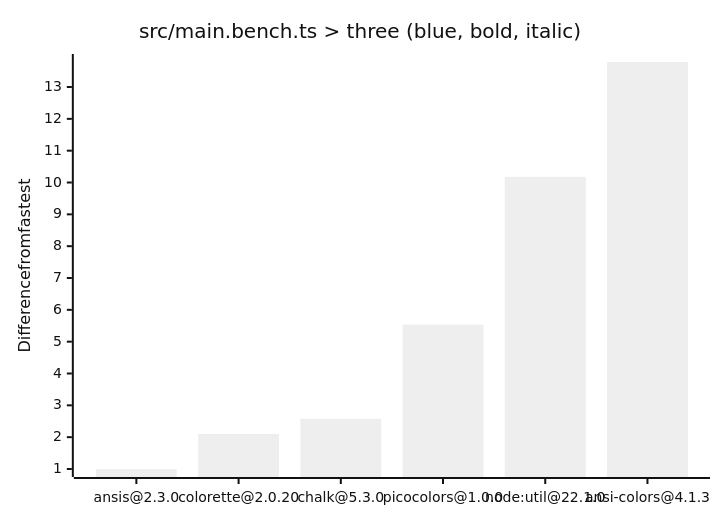
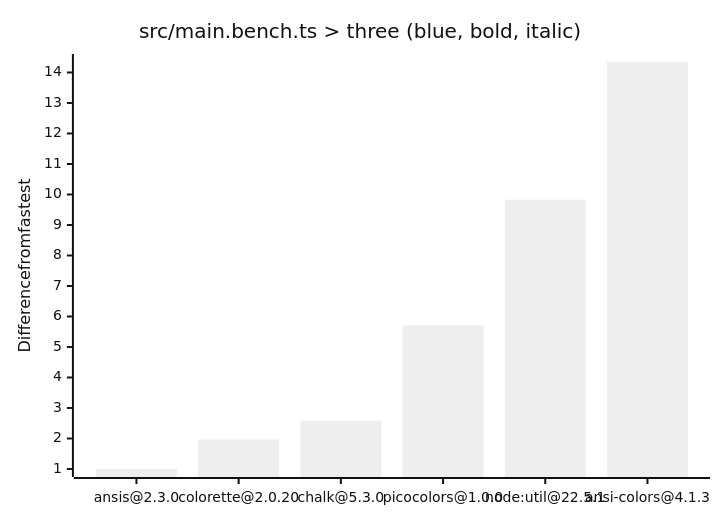
Before and after one commit to beeequeue/node-cli-colors-benchmark: the third of 4 diagrams in README.md, drawn with Mermaid (neutral theme). The commit also changed other lines of this file, not shown here.

Commit message:
Update graphs

````diff
--- a/README.md
+++ b/README.md
@@ -33,7 +33,7 @@
 ```mermaid
 xychart-beta
   title "src/main.bench.ts > three (blue, bold, italic)"
-  x-axis ["ansis@2.3.0", "colorette@2.0.20", "chalk@5.3.0", "picocolors@1.0.0", "node:util@22.1.0", "ansi-colors@4.1.3"]
+  x-axis ["ansis@2.3.0", "colorette@2.0.20", "chalk@5.3.0", "picocolors@1.0.0", "node:util@22.5.1", "ansi-colors@4.1.3"]
   y-axis Difference from fastest
-  bar [1.0000, 2.0984, 2.5773, 5.5369, 10.1776, 13.7858]
+  bar [1.0000, 1.9636, 2.5863, 5.7097, 9.8296, 14.3438]
 ```
````
